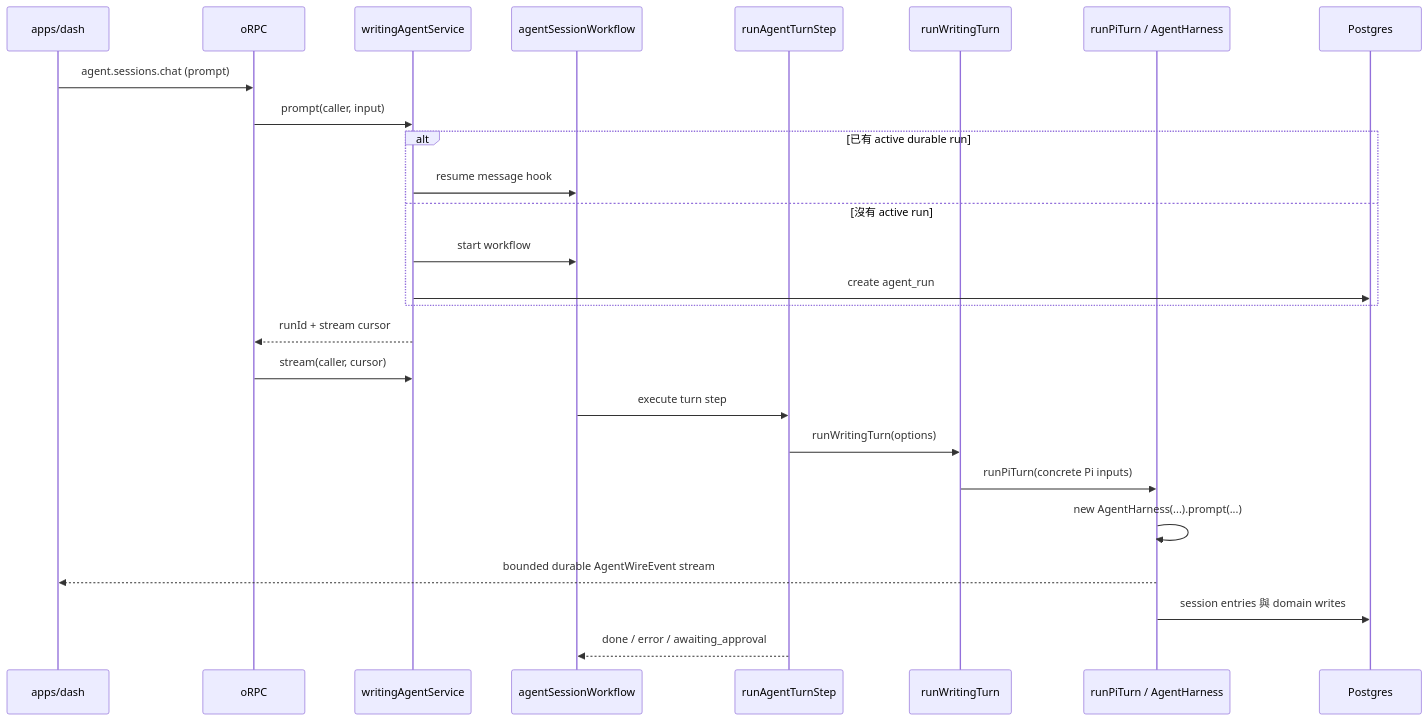
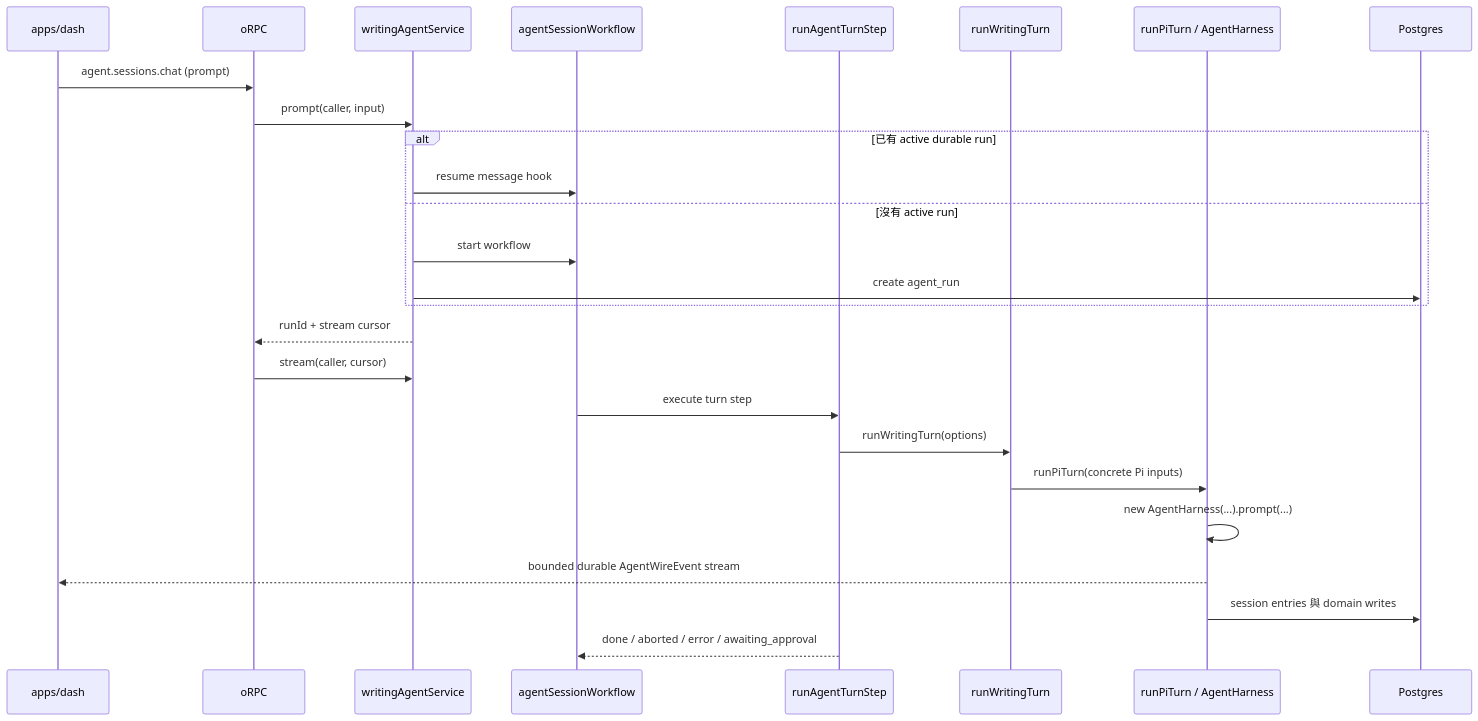
Before and after one commit to Chia1104/chia1104.dev: the second of 3 diagrams in docs/agent-architecture.zh.md, drawn with Mermaid. The commit also changed other lines of this file and 25 other files, not shown here.

````diff
--- a/docs/agent-architecture.zh.md
+++ b/docs/agent-architecture.zh.md
@@ -103,29 +103,29 @@
 ```mermaid
 sequenceDiagram
     participant UI as apps/dash
     participant RPC as oRPC
     participant SVC as writingAgentService
     participant WF as agentSessionWorkflow
     participant STEP as runAgentTurnStep
     participant WR as runWritingTurn
     participant PI as runPiTurn / AgentHarness
     participant PG as Postgres
 
     UI->>RPC: agent.sessions.chat (prompt)
     RPC->>SVC: prompt(caller, input)
     alt 已有 active durable run
         SVC->>WF: resume message hook
     else 沒有 active run
         SVC->>WF: start workflow
         SVC->>PG: create agent_run
     end
     SVC-->>RPC: runId + stream cursor
     RPC->>SVC: stream(caller, cursor)
     WF->>STEP: execute turn step
     STEP->>WR: runWritingTurn(options)
     WR->>PI: runPiTurn(concrete Pi inputs)
     PI->>PI: new AgentHarness(...).prompt(...)
     PI-->>UI: bounded durable AgentWireEvent stream
     PI->>PG: session entries 與 domain writes
-    STEP-->>WF: done / error / awaiting_approval
+    STEP-->>WF: done / aborted / error / awaiting_approval
 ```
````
